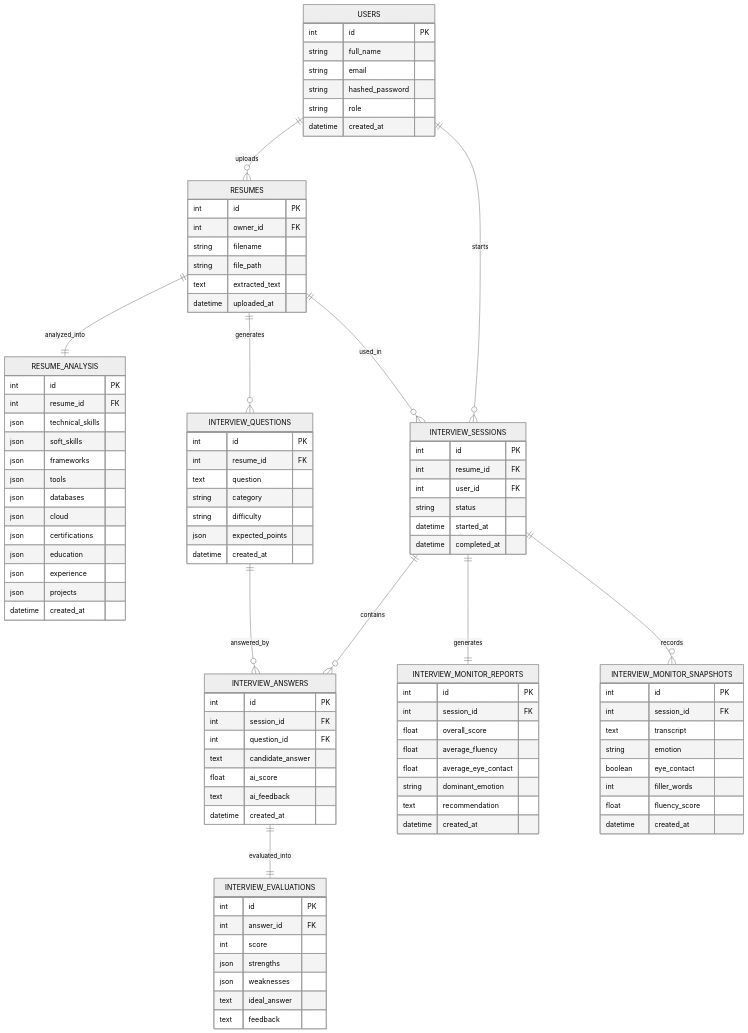
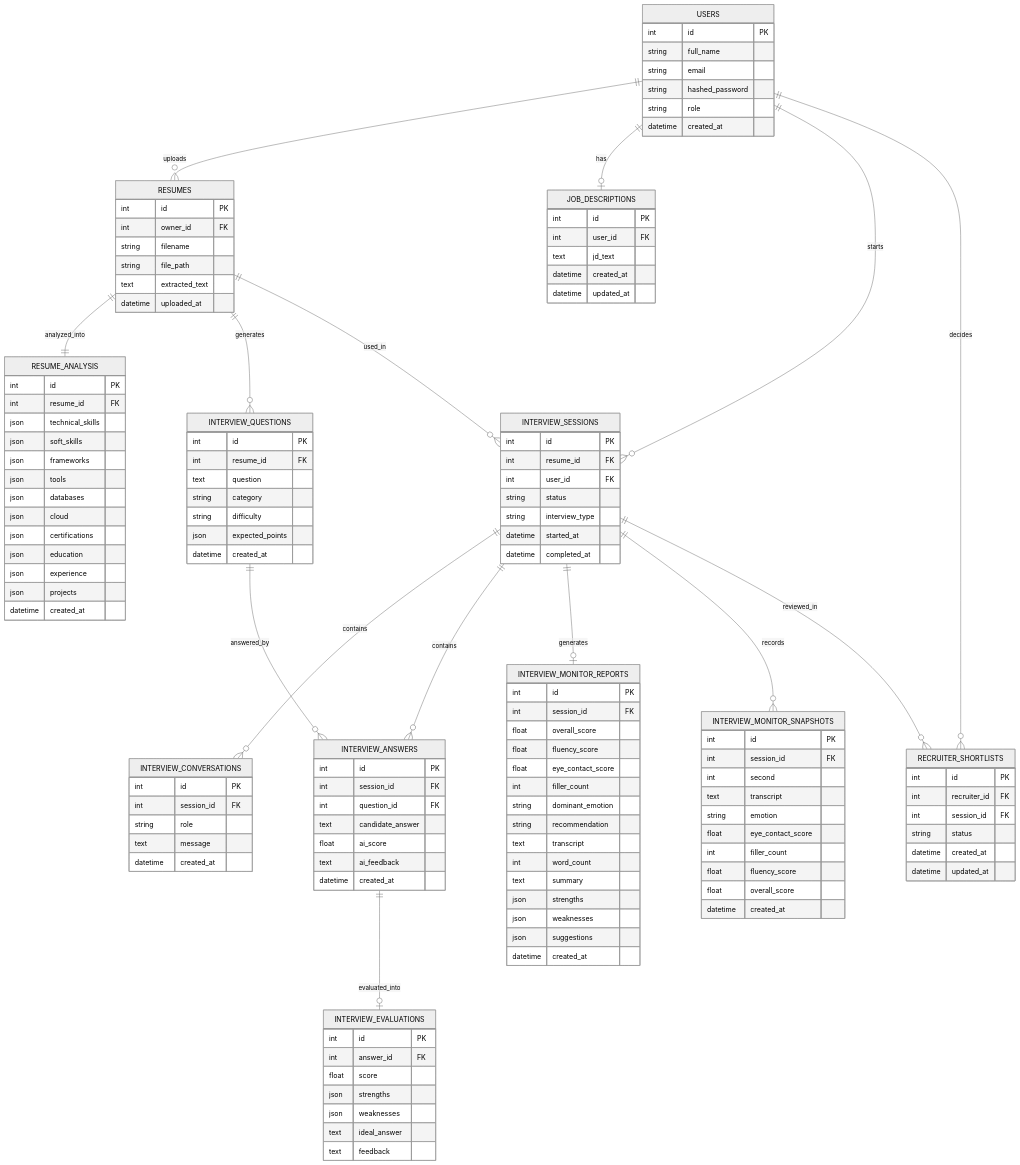
The diagram in docs/ERDiagram.md (SohamDey2005/SmartHire-AI), drawn with Mermaid (neutral theme) before and after one commit. The commit also changed other lines of this file and 117 other files, not shown here.

````diff
--- a/docs/ERDiagram.md
+++ b/docs/ERDiagram.md
@@ -12,58 +12,44 @@
 erDiagram
 
     USERS ||--o{ RESUMES : uploads
-
+    USERS ||--o| JOB_DESCRIPTIONS : has
     USERS ||--o{ INTERVIEW_SESSIONS : starts
+    USERS ||--o{ RECRUITER_SHORTLISTS : decides
 
     RESUMES ||--|| RESUME_ANALYSIS : analyzed_into
-
     RESUMES ||--o{ INTERVIEW_QUESTIONS : generates
-
     RESUMES ||--o{ INTERVIEW_SESSIONS : used_in
 
+    INTERVIEW_SESSIONS ||--o{ INTERVIEW_CONVERSATIONS : contains
     INTERVIEW_SESSIONS ||--o{ INTERVIEW_ANSWERS : contains
+    INTERVIEW_SESSIONS ||--o| INTERVIEW_MONITOR_REPORTS : generates
+    INTERVIEW_SESSIONS ||--o{ INTERVIEW_MONITOR_SNAPSHOTS : records
+    INTERVIEW_SESSIONS ||--o{ RECRUITER_SHORTLISTS : reviewed_in
 
     INTERVIEW_QUESTIONS ||--o{ INTERVIEW_ANSWERS : answered_by
-
-    INTERVIEW_ANSWERS ||--|| INTERVIEW_EVALUATIONS : evaluated_into
-
-    INTERVIEW_SESSIONS ||--|| INTERVIEW_MONITOR_REPORTS : generates
-
-    INTERVIEW_SESSIONS ||--o{ INTERVIEW_MONITOR_SNAPSHOTS : records
-
-
+    INTERVIEW_ANSWERS ||--o| INTERVIEW_EVALUATIONS : evaluated_into
 
     USERS {
-
         int id PK
         string full_name
         string email
         string hashed_password
         string role
         datetime created_at
-
     }
 
-
-
     RESUMES {
-
         int id PK
         int owner_id FK
         string filename
         string file_path
         text extracted_text
         datetime uploaded_at
-
     }
 
-
-
     RESUME_ANALYSIS {
-
         int id PK
         int resume_id FK
-
         json technical_skills
         json soft_skills
         json frameworks
@@ -71,126 +57,105 @@
         json databases
         json cloud
         json certifications
-
         json education
         json experience
         json projects
-
         datetime created_at
-
     }
 
-
+    JOB_DESCRIPTIONS {
+        int id PK
+        int user_id FK
+        text jd_text
+        datetime created_at
+        datetime updated_at
+    }
 
     INTERVIEW_QUESTIONS {
-
         int id PK
         int resume_id FK
-
         text question
         string category
         string difficulty
-
         json expected_points
-
         datetime created_at
-
     }
 
-
-
     INTERVIEW_SESSIONS {
-
         int id PK
-
         int resume_id FK
         int user_id FK
-
         string status
-
+        string interview_type
         datetime started_at
         datetime completed_at
-
     }
 
-
+    INTERVIEW_CONVERSATIONS {
+        int id PK
+        int session_id FK
+        string role
+        text message
+        datetime created_at
+    }
 
     INTERVIEW_ANSWERS {
-
         int id PK
-
         int session_id FK
         int question_id FK
-
         text candidate_answer
-
         float ai_score
-
         text ai_feedback
-
         datetime created_at
-
     }
 
-
-
     INTERVIEW_EVALUATIONS {
-
         int id PK
-
         int answer_id FK
-
-        int score
-
+        float score
         json strengths
         json weaknesses
-
         text ideal_answer
         text feedback
-
     }
 
-
-
     INTERVIEW_MONITOR_REPORTS {
-
         int id PK
-
         int session_id FK
-
         float overall_score
-
-        float average_fluency
-
-        float average_eye_contact
-
+        float fluency_score
+        float eye_contact_score
+        int filler_count
         string dominant_emotion
-
-        text recommendation
-
+        string recommendation
+        text transcript
+        int word_count
+        text summary
+        json strengths
+        json weaknesses
+        json suggestions
         datetime created_at
-
     }
 
+    INTERVIEW_MONITOR_SNAPSHOTS {
+        int id PK
+        int session_id FK
+        int second
+        text transcript
+        string emotion
+        float eye_contact_score
+        int filler_count
+        float fluency_score
+        float overall_score
+        datetime created_at
+    }
 
-
-    INTERVIEW_MONITOR_SNAPSHOTS {
-
+    RECRUITER_SHORTLISTS {
         int id PK
-
+        int recruiter_id FK
         int session_id FK
-
-        text transcript
-
-        string emotion
-
-        boolean eye_contact
-
-        int filler_words
-
-        float fluency_score
-
+        string status
         datetime created_at
-
+        datetime updated_at
     }
 ```
````
